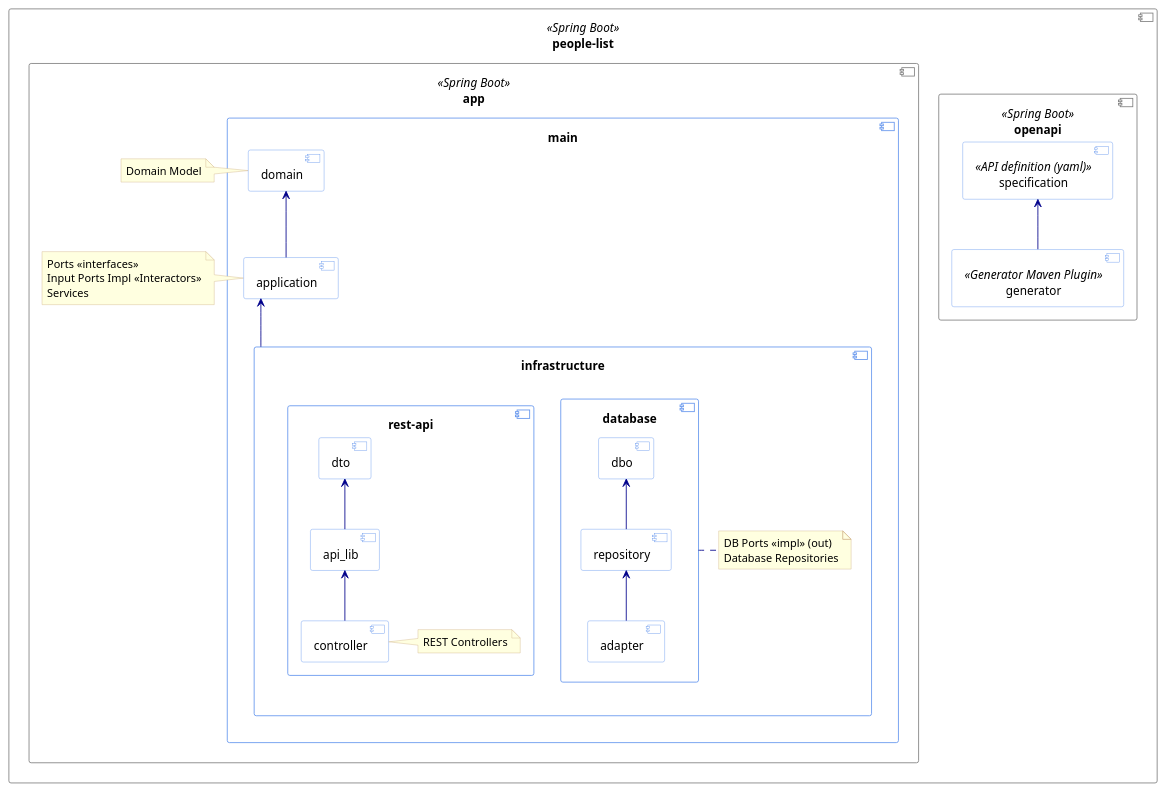
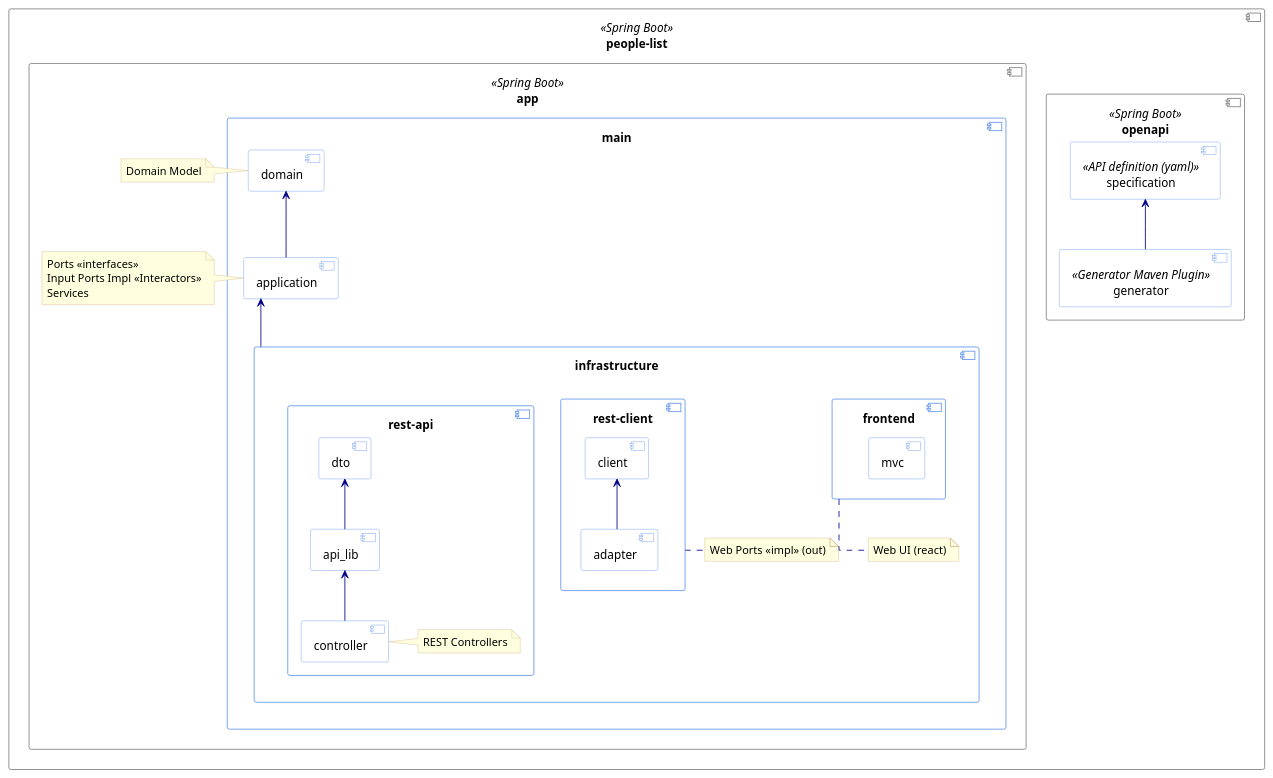
The diagram in addons/docs/uml/architecture/architecture.puml (avall/swapi-challenge-web-application), drawn with PlantUML before and after one commit. The commit also changed 2 other files, not shown here.

Commit message:
Readme fixed UML fixed

```diff
--- a/addons/docs/uml/architecture/architecture.puml
+++ b/addons/docs/uml/architecture/architecture.puml
@@ -1,73 +1,78 @@
 @startuml
 
 skinparam linetype ortho
 skinparam component<<Spring Boot>> {
     backgroundColor White
     borderColor Grey
 }
 
 skinparam component {
     backgroundColor White
     borderColor CornflowerBlue
     ArrowColor DarkBlue
 }
 skinparam note {
     backgroundColor LightYellow
     borderColor Tan
 }
 
 component [people-list] <<Spring Boot>> as people_list {
 
 
 component [openapi] <<Spring Boot>> as openapi {
     component [generator] <<Generator Maven Plugin>>
     component [specification] <<API definition (yaml)>>
     generator -up-> specification
 }
 
 component [app] <<Spring Boot>> as app {
   component [main] as main {
     component [domain] as domain
     component [application] as application
     component [infrastructure] as infrastructure {
-      component [database] as adapterDatabase {
-        component dbo
-        component repository
-        component adapter
-        repository -u-> dbo
-        adapter -u-> repository
+      component [frontend] as frontend {
+        component [mvc]
       }
-      note bottom of adapterDatabase
-        DB Ports <<impl>> (out)
-        Database Repositories
+      note bottom of frontend
+        Web UI (react)
       end note
+
+      component [rest-client] as adapterRESTClientIdp {
+        component [adapter]
+        component [client]
+              adapter -u-> client
+      }
+      note bottom of adapterRESTClientIdp
+        Web Ports <<impl>> (out)
+      end note
+
       component [rest-api] as restApi {
         component api_lib
         component dto as restApiDto
         component controller
         api_lib -up-> restApiDto
         controller -up-> api_lib
         note right of controller
           REST Controllers
         end note
       }
     }
   }
 
   application -up-> domain
   infrastructure -up-> application
 
 
   note right of domain
   Domain Model
   end note
 
   note right of application
   Ports <<interfaces>>
   Input Ports Impl <<Interactors>>
   Services
   end note
 
 }
 }
 @enduml
```
